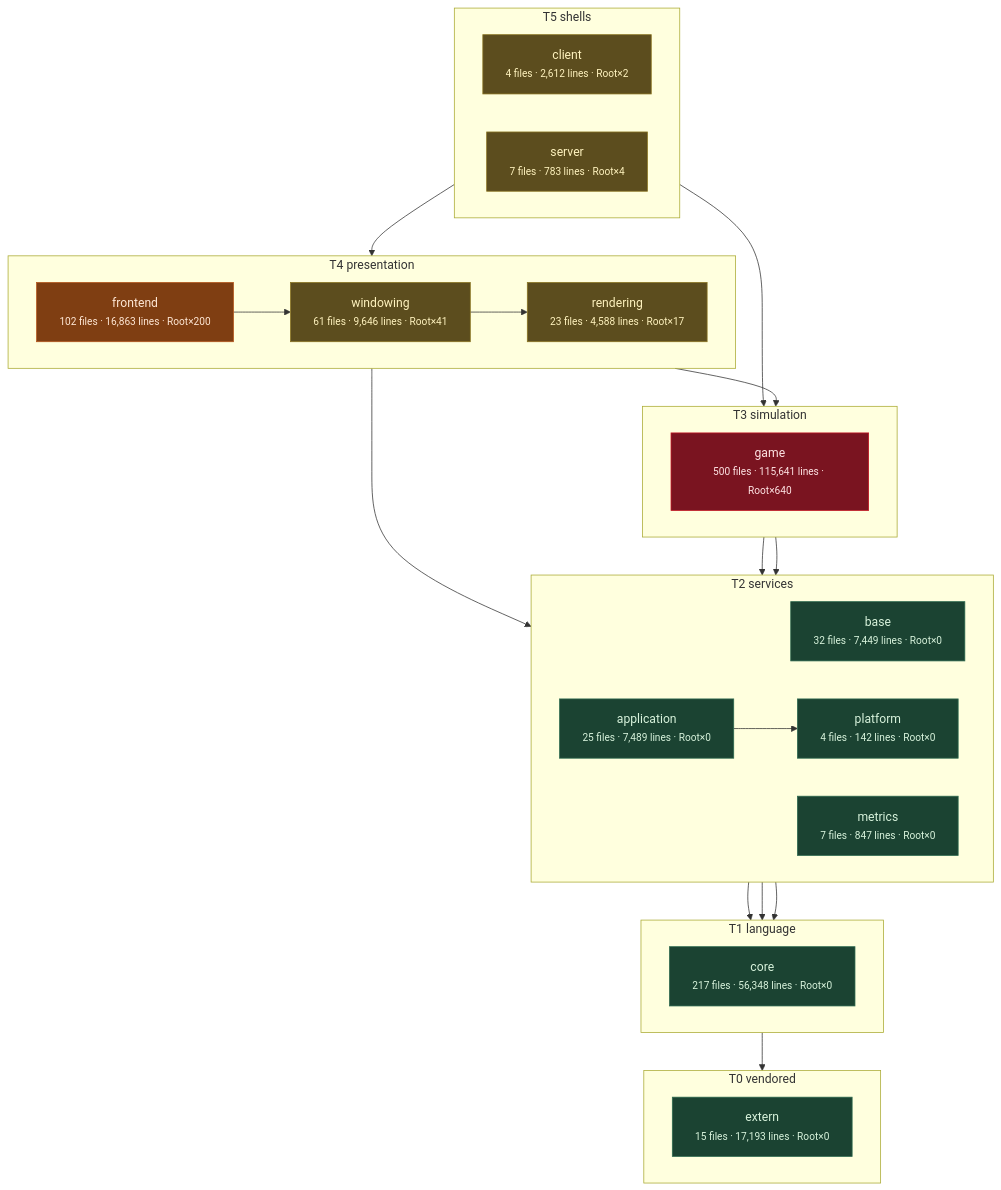
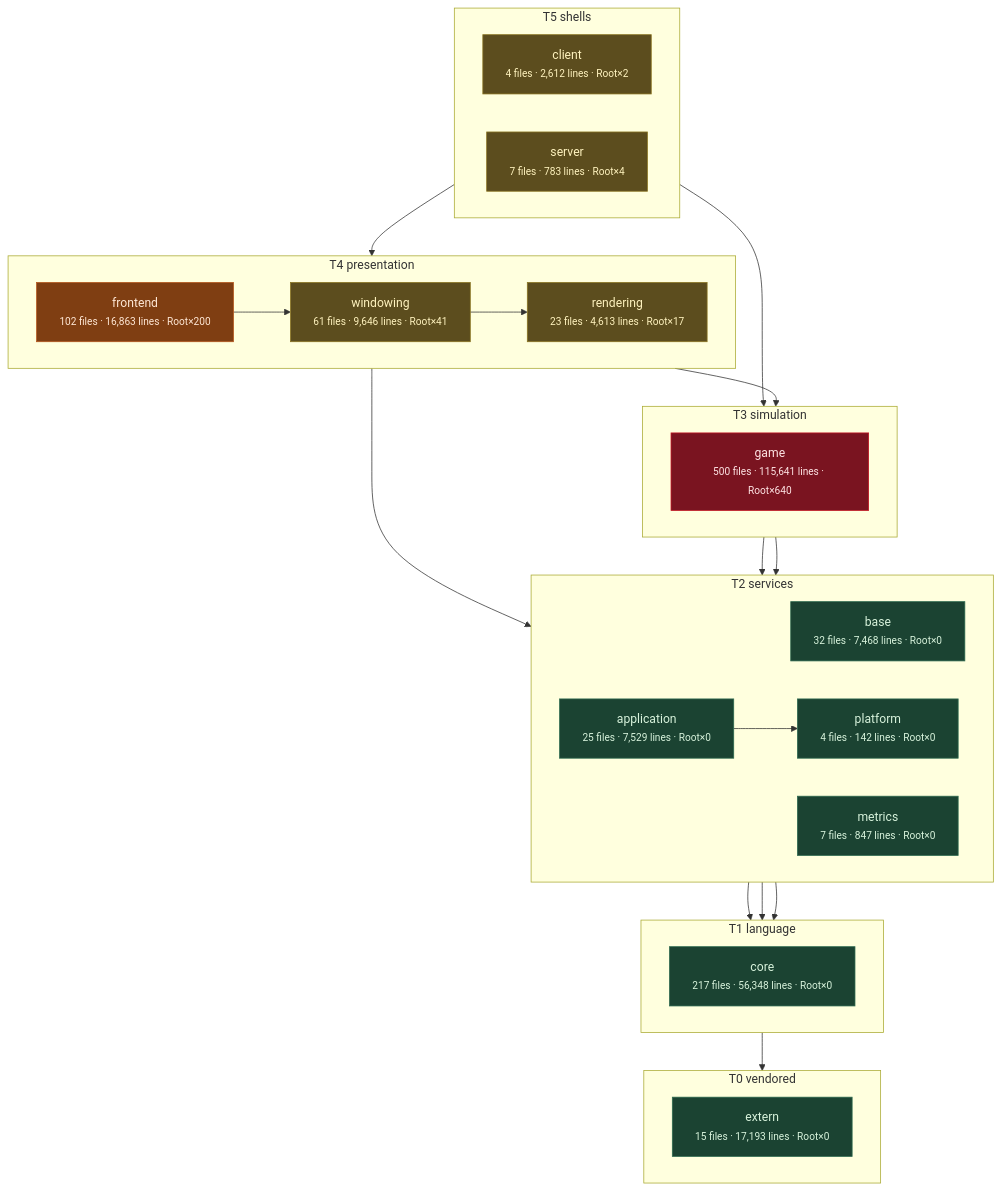
The third of 11 diagrams in docs/architecture/system-boundaries.md (apnex/OpenStarbound), drawn with Mermaid before and after one commit. The commit also changed other lines of this file and 10 other files, not shown here.

````diff
--- a/docs/architecture/system-boundaries.md
+++ b/docs/architecture/system-boundaries.md
@@ -271,54 +271,54 @@
 ```mermaid
 flowchart TD
   subgraph T0["T0 vendored"]
     direction LR
     extern["extern<br/><small>15 files · 17,193 lines · Root×0</small>"]
   end
   subgraph T1["T1 language"]
     direction LR
     core["core<br/><small>217 files · 56,348 lines · Root×0</small>"]
   end
   subgraph T2["T2 services"]
     direction LR
-    base["base<br/><small>32 files · 7,449 lines · Root×0</small>"]
+    base["base<br/><small>32 files · 7,468 lines · Root×0</small>"]
     metrics["metrics<br/><small>7 files · 847 lines · Root×0</small>"]
     platform["platform<br/><small>4 files · 142 lines · Root×0</small>"]
-    application["application<br/><small>25 files · 7,489 lines · Root×0</small>"]
+    application["application<br/><small>25 files · 7,529 lines · Root×0</small>"]
   end
   subgraph T3["T3 simulation"]
     direction LR
     game["game<br/><small>500 files · 115,641 lines · Root×640</small>"]
   end
   subgraph T4["T4 presentation"]
     direction LR
-    rendering["rendering<br/><small>23 files · 4,588 lines · Root×17</small>"]
+    rendering["rendering<br/><small>23 files · 4,613 lines · Root×17</small>"]
     windowing["windowing<br/><small>61 files · 9,646 lines · Root×41</small>"]
     frontend["frontend<br/><small>102 files · 16,863 lines · Root×200</small>"]
   end
   subgraph T5["T5 shells"]
     direction LR
     client["client<br/><small>4 files · 2,612 lines · Root×2</small>"]
     server["server<br/><small>7 files · 783 lines · Root×4</small>"]
   end
   core --> extern
   base --> core
   metrics --> core
   platform --> core
   application --> platform
   game --> base
   game --> platform
   rendering --> application
   rendering --> game
   windowing --> rendering
   frontend --> windowing
   client --> frontend
   server --> game
   classDef clean fill:#1b4332,stroke:#2d6a4f,color:#d8f3dc
   classDef warm  fill:#5c4d1e,stroke:#8a7420,color:#fff3bf
   classDef hot   fill:#7f3e12,stroke:#b5561b,color:#ffe8d6
   classDef blaze fill:#7a1420,stroke:#c1121f,color:#ffe5e5
   class extern,core,base,metrics,platform,application clean
   class rendering,windowing,client,server warm
   class frontend hot
   class game blaze
 ```
````
